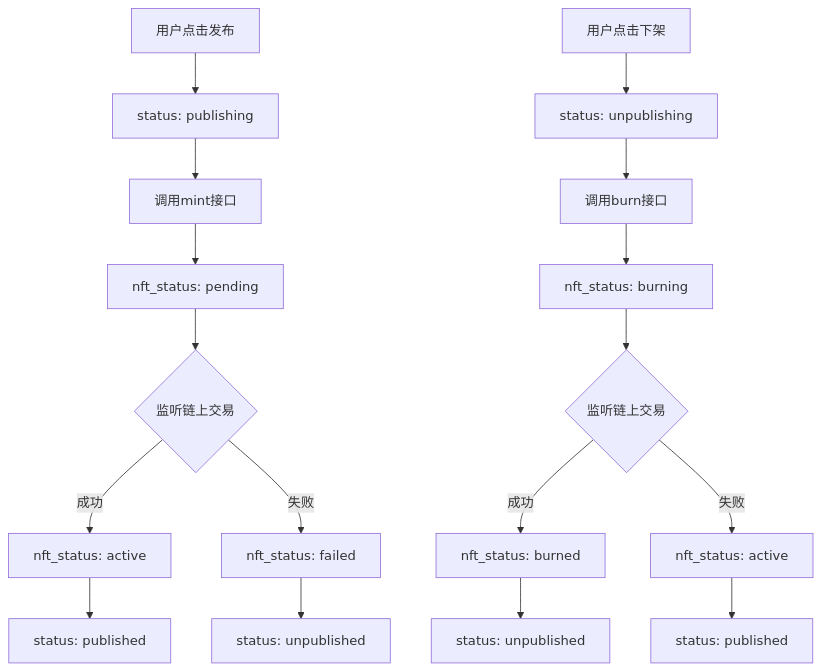
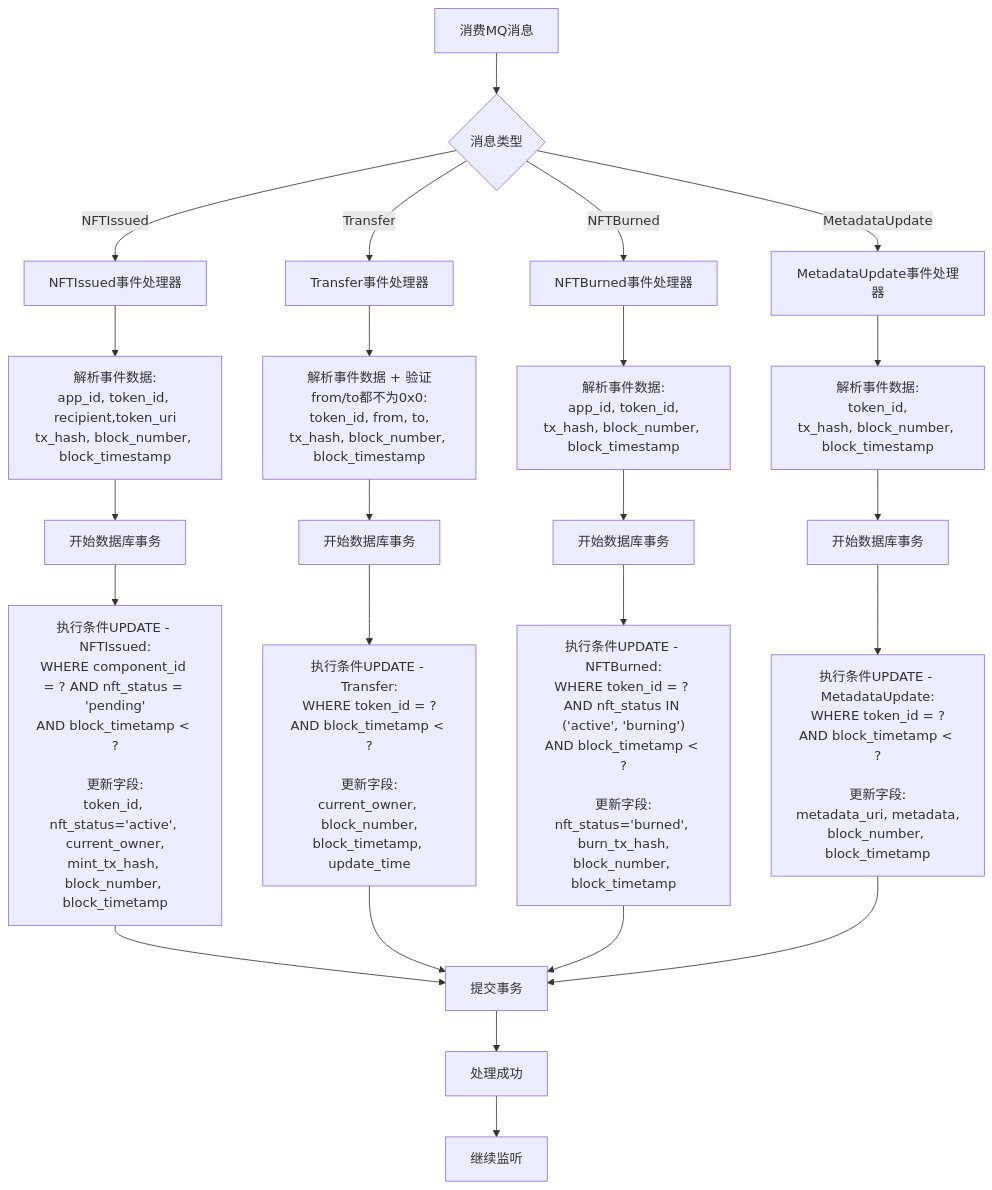
Before and after one commit to yingjianzh/iodraw-files: the diagram in all/未命名-74.md, drawn with Mermaid.

Commit message:
2025-07-07 15:28:40 update

````diff
--- a/all/未命名-74.md
+++ b/all/未命名-74.md
@@ -1,20 +1,40 @@
 ```mermaid
-graph TD
-    A[用户点击发布] --> B[status: publishing]
-    B --> C[调用mint接口]
-    C --> D[nft_status: pending]
-    D --> E{监听链上交易}
-    E -->|成功| F[nft_status: active]
-    F --> G[status: published]
-    E -->|失败| H[nft_status: failed]
-    H --> I[status: unpublished]
+
+flowchart TD
+    A[消费MQ消息] --> B{消息类型}
     
-    J[用户点击下架] --> K[status: unpublishing]
-    K --> L[调用burn接口]
-    L --> M[nft_status: burning]
-    M --> N{监听链上交易}
-    N -->|成功| O[nft_status: burned]
-    O --> P[status: unpublished]
-    N -->|失败| Q[nft_status: active]
-    Q --> R[status: published]
+    %% 四种事件类型
+    B -->|NFTIssued| C[NFTIssued事件处理器]
+    B -->|Transfer| D[Transfer事件处理器]
+    B -->|NFTBurned| E[NFTBurned事件处理器]
+    B -->|MetadataUpdate| F[MetadataUpdate事件处理器]
+    
+    %% 解析事件数据
+    C --> G["解析事件数据:<br/>app_id, token_id, recipient,token_uri<br/>tx_hash, block_number, block_timestamp"]
+    D --> H["解析事件数据 + 验证from/to都不为0x0:<br/>token_id, from, to,<br/>tx_hash, block_number, block_timestamp"]
+    E --> I["解析事件数据:<br/>app_id, token_id,<br/>tx_hash, block_number, block_timestamp"]
+    F --> J["解析事件数据:<br/>token_id,<br/>tx_hash, block_number, block_timestamp"]
+    
+    G --> K[开始数据库事务]
+    H --> L[开始数据库事务]
+    I --> M[开始数据库事务]
+    J --> N[开始数据库事务]
+    
+    K --> O["执行条件UPDATE - NFTIssued:<br/>WHERE component_id = ? AND nft_status = 'pending'<br/>AND block_timetamp < ?<br/><br/>更新字段:<br/>token_id, nft_status='active', current_owner,<br/>mint_tx_hash, block_number, block_timetamp"]
+    
+    L --> P["执行条件UPDATE - Transfer:<br/>WHERE token_id = ?<br/>AND block_timetamp < ?<br/><br/>更新字段:<br/>current_owner, block_number,<br/>block_timetamp, update_time"]
+    
+    M --> Q["执行条件UPDATE - NFTBurned:<br/>WHERE token_id = ? AND nft_status IN ('active', 'burning')<br/>AND block_timetamp < ?<br/><br/>更新字段:<br/>nft_status='burned', burn_tx_hash,<br/>block_number, block_timetamp"]
+    
+    N --> R["执行条件UPDATE - MetadataUpdate:<br/>WHERE token_id = ?<br/>AND block_timetamp < ?<br/><br/>更新字段:<br/>metadata_uri, metadata,<br/>block_number, block_timetamp"]
+    
+    O --> V[提交事务]
+    P --> V
+    Q --> V
+    R --> V
+    
+    V --> X[处理成功]
+    
+    X --> Z[继续监听]
+
 ```
````
